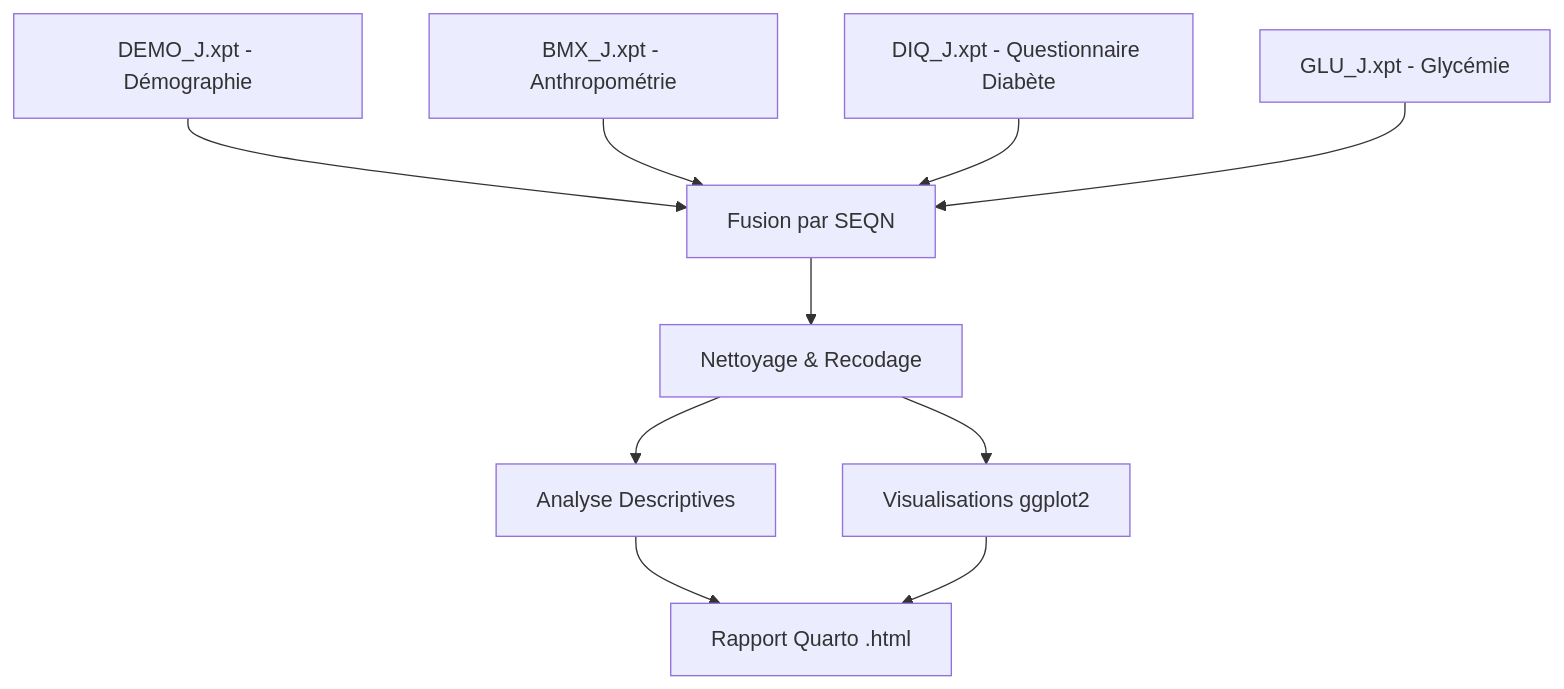
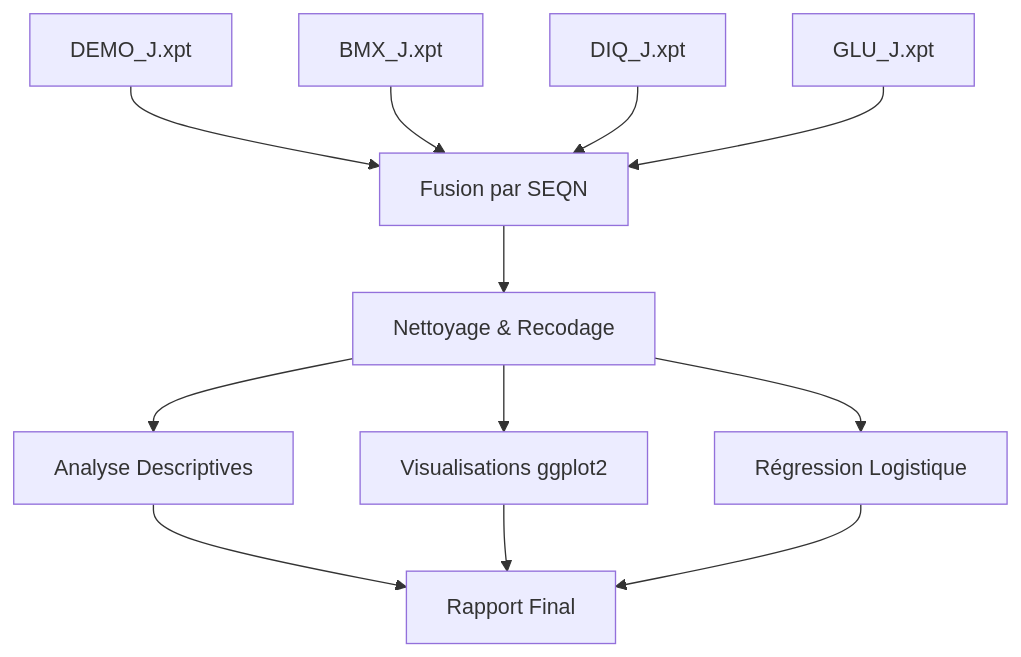
Before and after one commit to linabouallegue/projet-R: the diagram in README.md, drawn with Mermaid. The commit also changed other lines of this file and 2 other files, not shown here.

````diff
--- a/README.md
+++ b/README.md
@@ -25,12 +25,14 @@
 ```mermaid
 graph TD
-    A[DEMO_J.xpt - Démographie] --> E[Fusion par SEQN]
-    B[BMX_J.xpt - Anthropométrie] --> E
-    C[DIQ_J.xpt - Questionnaire Diabète] --> E
-    D[GLU_J.xpt - Glycémie] --> E
+    A[DEMO_J.xpt] --> E[Fusion par SEQN]
+    B[BMX_J.xpt] --> E
+    C[DIQ_J.xpt] --> E
+    D[GLU_J.xpt] --> E
     E --> F[Nettoyage & Recodage]
     F --> G[Analyse Descriptives]
     F --> H[Visualisations ggplot2]
-    G --> I[Rapport Quarto .html]
+    F --> J[Régression Logistique]
+    G --> I[Rapport Final]
     H --> I
+    J --> I
 ```
````
